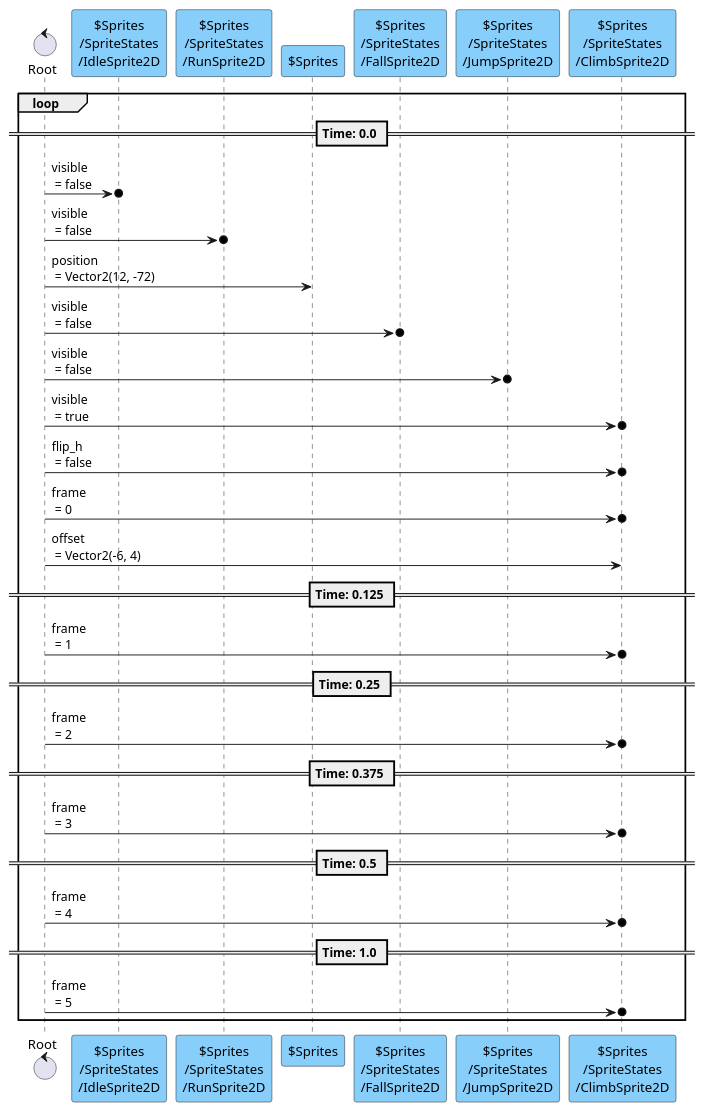
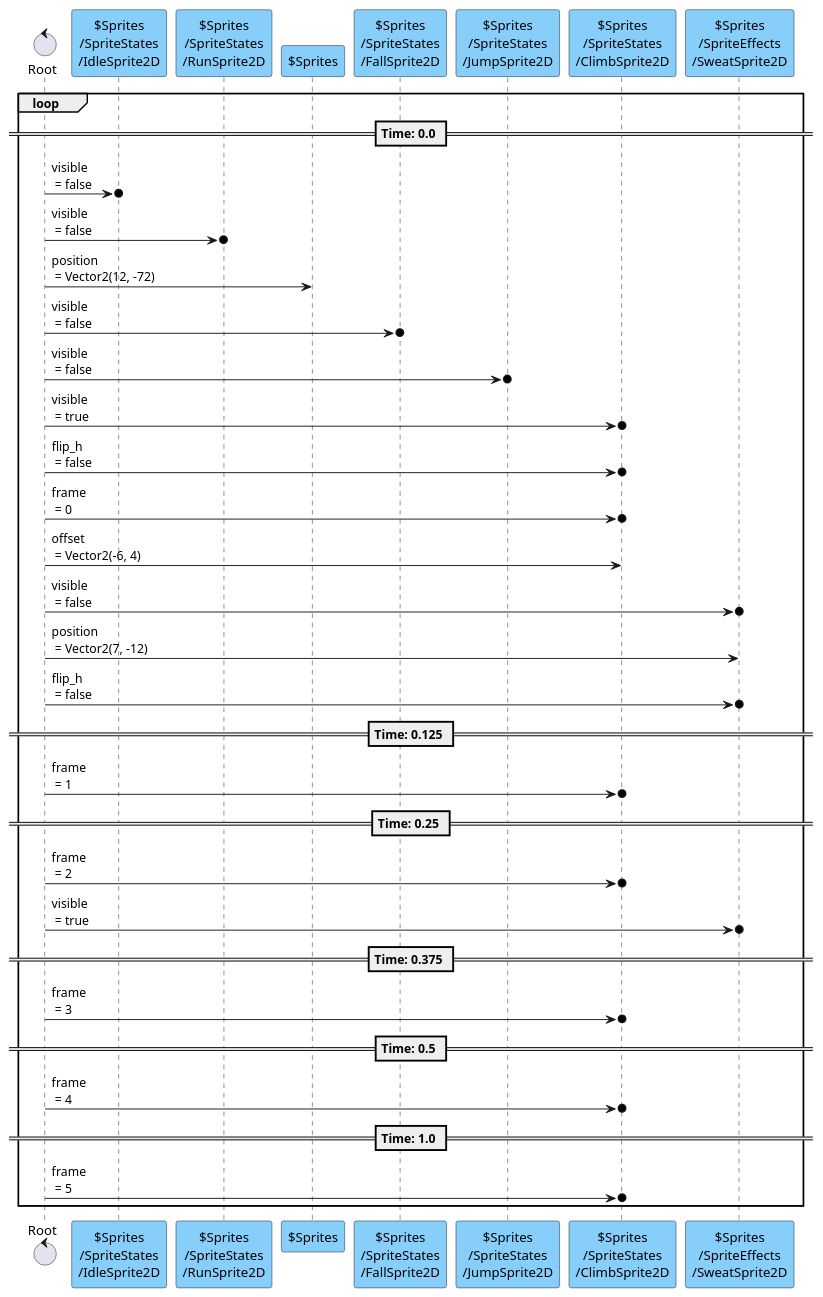
One commit to tkmfujise/Platformer-Game-Learning changed the fourth of 13 diagrams in content/scenes/src/player/player.tscn.adoc. Above: the diagram before and after it, drawn with PlantUML. The commit also changed other lines of this file and 224 other files, not shown here.

```diff
--- a/content/scenes/src/player/player.tscn.adoc
+++ b/content/scenes/src/player/player.tscn.adoc
@@ -549,35 +570,40 @@
 [plantuml]
 ....
 control "Root" as R
 participant "$Sprites\n/SpriteStates\n/IdleSprite2D" as T0 #87CEFA
 participant "$Sprites\n/SpriteStates\n/RunSprite2D" as T1 #87CEFA
 participant "$Sprites" as T2 #87CEFA
 participant "$Sprites\n/SpriteStates\n/FallSprite2D" as T3 #87CEFA
 participant "$Sprites\n/SpriteStates\n/JumpSprite2D" as T4 #87CEFA
 participant "$Sprites\n/SpriteStates\n/ClimbSprite2D" as T5 #87CEFA
+participant "$Sprites\n/SpriteEffects\n/SweatSprite2D" as T9 #87CEFA
 
 
 loop
 == Time: 0.0 ==
 R  ->o  T0 : visible\n = false
 R  ->o  T1 : visible\n = false
 R  ->  T2 : position\n = Vector2(12, -72)
 R  ->o  T3 : visible\n = false
 R  ->o  T4 : visible\n = false
 R  ->o  T5 : visible\n = true
 R  ->o  T5 : flip_h\n = false
 R  ->o  T5 : frame\n = 0
 R  ->  T5 : offset\n = Vector2(-6, 4)
+R  ->o  T9 : visible\n = false
+R  ->  T9 : position\n = Vector2(7, -12)
+R  ->o  T9 : flip_h\n = false
 == Time: 0.125 ==
 R  ->o  T5 : frame\n = 1
 == Time: 0.25 ==
 R  ->o  T5 : frame\n = 2
+R  ->o  T9 : visible\n = true
 == Time: 0.375 ==
 R  ->o  T5 : frame\n = 3
 == Time: 0.5 ==
 R  ->o  T5 : frame\n = 4
 == Time: 1.0 ==
 R  ->o  T5 : frame\n = 5
 
 end
 ....
```
